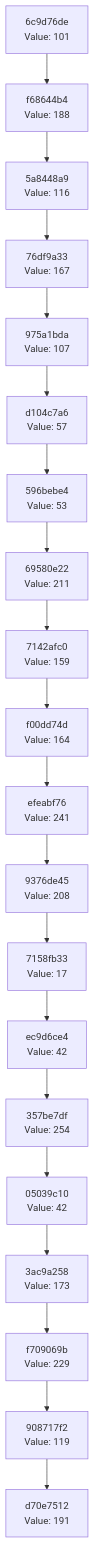
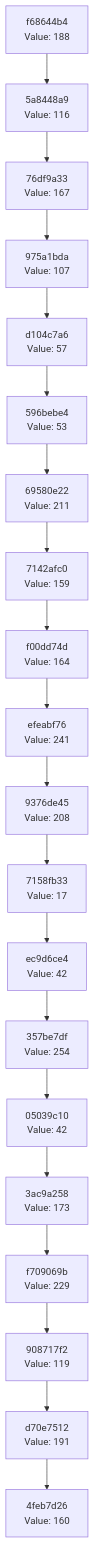
Before and after one commit to Abhisheksinha1506/hash-chain-evolver: the diagram in docs/CHAIN_VISUALIZATION.md, drawn with Mermaid. The commit also changed 3 other files, not shown here.

````diff
--- a/docs/CHAIN_VISUALIZATION.md
+++ b/docs/CHAIN_VISUALIZATION.md
@@ -3,42 +3,42 @@
 ```mermaid
 graph TD
-    C0["d70e7512<br/>Value: 191"]
-    C1["908717f2<br/>Value: 119"]
+    C0["4feb7d26<br/>Value: 160"]
+    C1["d70e7512<br/>Value: 191"]
     C1 --> C0
-    C2["f709069b<br/>Value: 229"]
+    C2["908717f2<br/>Value: 119"]
     C2 --> C1
-    C3["3ac9a258<br/>Value: 173"]
+    C3["f709069b<br/>Value: 229"]
     C3 --> C2
-    C4["05039c10<br/>Value: 42"]
+    C4["3ac9a258<br/>Value: 173"]
     C4 --> C3
-    C5["357be7df<br/>Value: 254"]
+    C5["05039c10<br/>Value: 42"]
     C5 --> C4
-    C6["ec9d6ce4<br/>Value: 42"]
+    C6["357be7df<br/>Value: 254"]
     C6 --> C5
-    C7["7158fb33<br/>Value: 17"]
+    C7["ec9d6ce4<br/>Value: 42"]
     C7 --> C6
-    C8["9376de45<br/>Value: 208"]
+    C8["7158fb33<br/>Value: 17"]
     C8 --> C7
-    C9["efeabf76<br/>Value: 241"]
+    C9["9376de45<br/>Value: 208"]
     C9 --> C8
-    C10["f00dd74d<br/>Value: 164"]
+    C10["efeabf76<br/>Value: 241"]
     C10 --> C9
-    C11["7142afc0<br/>Value: 159"]
+    C11["f00dd74d<br/>Value: 164"]
     C11 --> C10
-    C12["69580e22<br/>Value: 211"]
+    C12["7142afc0<br/>Value: 159"]
     C12 --> C11
-    C13["596bebe4<br/>Value: 53"]
+    C13["69580e22<br/>Value: 211"]
     C13 --> C12
-    C14["d104c7a6<br/>Value: 57"]
+    C14["596bebe4<br/>Value: 53"]
     C14 --> C13
-    C15["975a1bda<br/>Value: 107"]
+    C15["d104c7a6<br/>Value: 57"]
     C15 --> C14
-    C16["76df9a33<br/>Value: 167"]
+    C16["975a1bda<br/>Value: 107"]
     C16 --> C15
-    C17["5a8448a9<br/>Value: 116"]
+    C17["76df9a33<br/>Value: 167"]
     C17 --> C16
-    C18["f68644b4<br/>Value: 188"]
+    C18["5a8448a9<br/>Value: 116"]
     C18 --> C17
-    C19["6c9d76de<br/>Value: 101"]
+    C19["f68644b4<br/>Value: 188"]
     C19 --> C18
 ```
````
